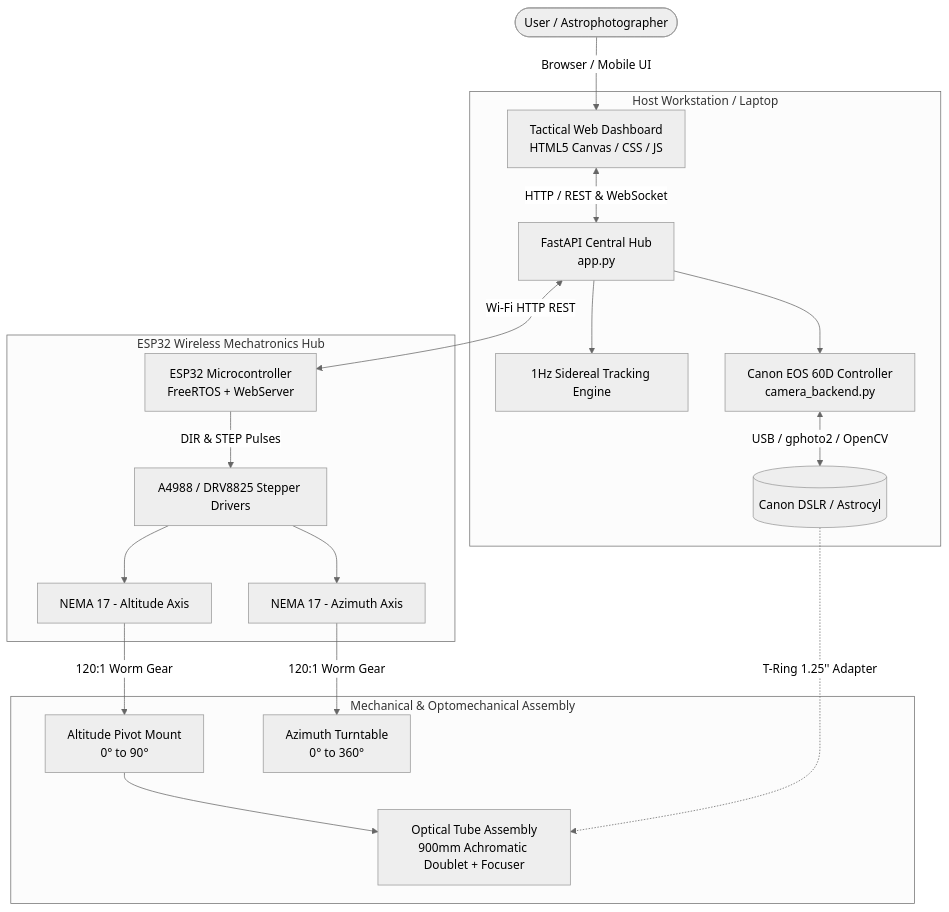
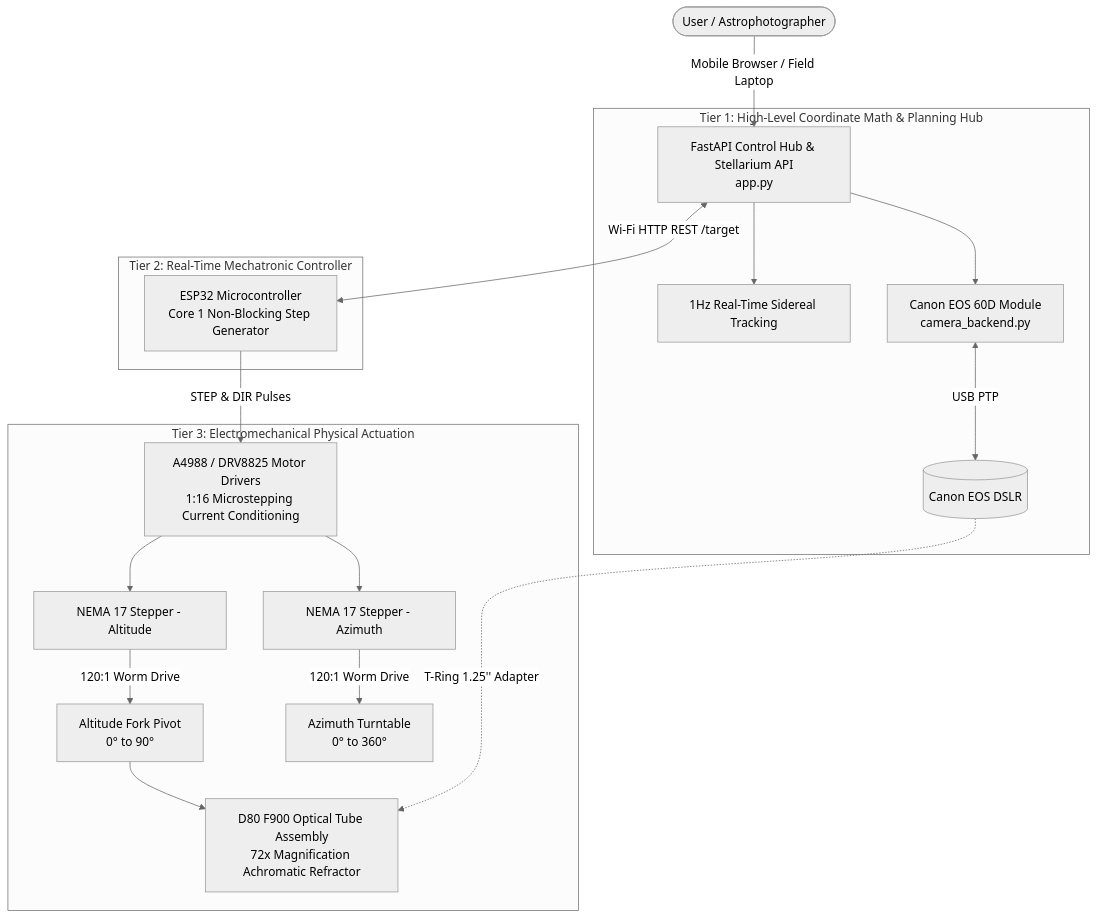
The diagram in README.md (M000nwalker/Beyond_Horizon_1), drawn with Mermaid (neutral theme) before and after one commit. The commit also changed other lines of this file and 14 other files, not shown here.

````diff
--- a/README.md
+++ b/README.md
@@ -53,25 +58,25 @@
 ```mermaid
 graph TD
-    User([User / Astrophotographer]) -->|Browser / Mobile UI| WebUI[Tactical Web Dashboard\nHTML5 Canvas / CSS / JS]
+    User([User / Astrophotographer]) -->|Mobile Browser / Field Laptop| Tier1
     
-    subgraph Host Workstation / Laptop
-        WebUI <-->|HTTP / REST & WebSocket| Backend[FastAPI Central Hub\napp.py]
-        Backend --> TrackingEngine[1Hz Sidereal Tracking Engine]
-        Backend --> CameraService[Canon EOS 60D Controller\ncamera_backend.py]
-        CameraService <-->|USB / gphoto2 / OpenCV| DSLR[(Canon DSLR / Astrocyl)]
+    subgraph Tier 1: High-Level Coordinate Math & Planning Hub
+        Tier1[FastAPI Control Hub & Stellarium API\napp.py]
+        Tier1 --> Tracking[1Hz Real-Time Sidereal Tracking]
+        Tier1 --> CameraHub[Canon EOS 60D Module\ncamera_backend.py]
+        CameraHub <-->|USB PTP| DSLR[(Canon EOS DSLR)]
     end
 
-    subgraph ESP32 Wireless Mechatronics Hub
-        Backend <-->|Wi-Fi HTTP REST| ESP[ESP32 Microcontroller\nFreeRTOS + WebServer]
-        ESP -->|DIR & STEP Pulses| Drivers[A4988 / DRV8825 Stepper Drivers]
-        Drivers --> MotorAlt[NEMA 17 - Altitude Axis]
-        Drivers --> MotorAz[NEMA 17 - Azimuth Axis]
+    subgraph Tier 2: Real-Time Mechatronic Controller
+        Tier1 <-->|Wi-Fi HTTP REST /target| ESP[ESP32 Microcontroller\nCore 1 Non-Blocking Step Generator]
     end
 
-    subgraph Mechanical & Optomechanical Assembly
-        MotorAlt -->|120:1 Worm Gear| MechAlt[Altitude Pivot Mount\n0° to 90°]
-        MotorAz -->|120:1 Worm Gear| MechAz[Azimuth Turntable\n0° to 360°]
-        MechAlt --> OTA[Optical Tube Assembly\n900mm Achromatic Doublet + Focuser]
+    subgraph Tier 3: Electromechanical Physical Actuation
+        ESP -->|STEP & DIR Pulses| Drivers[A4988 / DRV8825 Motor Drivers\n1:16 Microstepping Current Conditioning]
+        Drivers --> StepperAlt[NEMA 17 Stepper - Altitude]
+        Drivers --> StepperAz[NEMA 17 Stepper - Azimuth]
+        StepperAlt -->|120:1 Worm Drive| GearAlt[Altitude Fork Pivot\n0° to 90°]
+        StepperAz -->|120:1 Worm Drive| GearAz[Azimuth Turntable\n0° to 360°]
+        GearAlt --> OTA[D80 F900 Optical Tube Assembly\n72x Magnification Achromatic Refractor]
         DSLR -.->|T-Ring 1.25'' Adapter| OTA
     end
 ```
````
